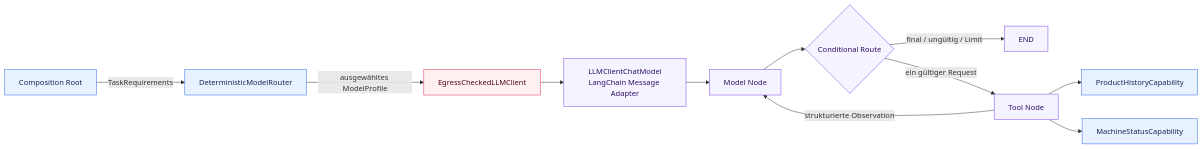
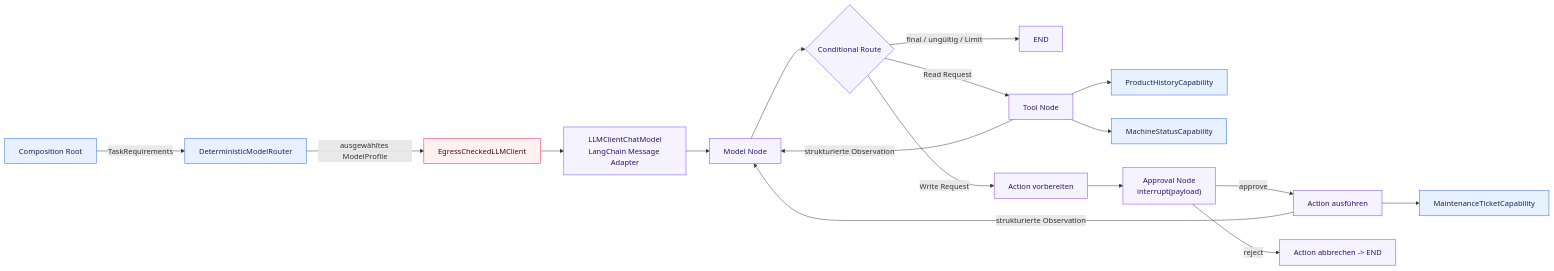
The fifth of 11 diagrams in docs/architecture/overview.de.md (aboerzel/industrial-ai-agent), drawn with Mermaid before and after one commit. The commit also changed other lines of this file and 15 other files, not shown here.

````diff
--- a/docs/architecture/overview.de.md
+++ b/docs/architecture/overview.de.md
@@ -227,20 +230,26 @@
 ```mermaid
 flowchart LR
     CR["Composition Root"] -->|"TaskRequirements"| Router["DeterministicModelRouter"]
     Router -->|"ausgewähltes ModelProfile"| Security["EgressCheckedLLMClient"]
     Security --> Adapter["LLMClientChatModel<br/>LangChain Message Adapter"]
     Adapter --> Model["Model Node"]
     Model --> Route{"Conditional Route"}
     Route -->|"final / ungültig / Limit"| End["END"]
-    Route -->|"ein gültiger Request"| Tool["Tool Node"]
+    Route -->|"Read Request"| Tool["Tool Node"]
+    Route -->|"Write Request"| Prepare["Action vorbereiten"]
     Tool -->|"strukturierte Observation"| Model
     Tool --> Product["ProductHistoryCapability"]
     Tool --> Machine["MachineStatusCapability"]
+    Prepare --> Approval["Approval Node<br/>interrupt(payload)"]
+    Approval -->|"approve"| Execute["Action ausführen"]
+    Approval -->|"reject"| Cancel["Action abbrechen -> END"]
+    Execute -->|"strukturierte Observation"| Model
+    Execute --> Ticket["MaintenanceTicketCapability"]
 
     classDef core fill:#e8f1ff,stroke:#2563eb,color:#172554
     classDef framework fill:#f5f3ff,stroke:#7c3aed,color:#2e1065
     classDef security fill:#fff1f2,stroke:#e11d48,color:#4c0519
-    class CR,Router,Product,Machine core
-    class Adapter,Model,Route,Tool,End framework
+    class CR,Router,Product,Machine,Ticket core
+    class Adapter,Model,Route,Tool,Prepare,Approval,Execute,Cancel,End framework
     class Security security
 ```
````
